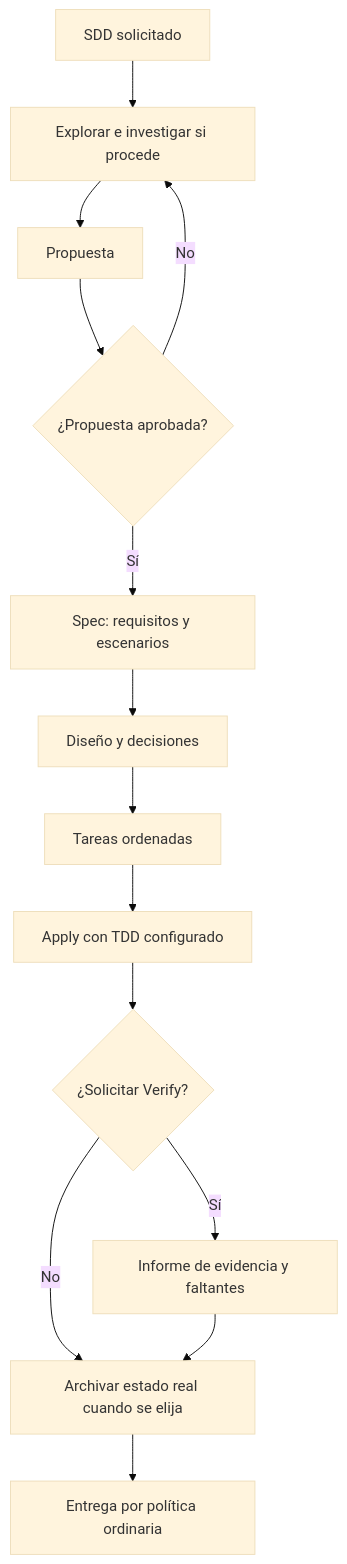
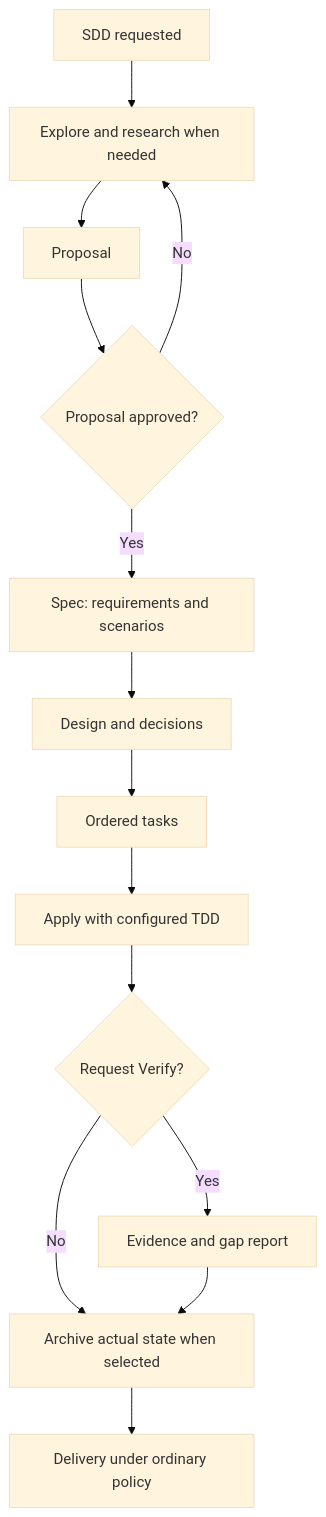
One commit to Maicololiveras/flugo-gentle changed the fifth of 5 diagrams in docs/GENTLE_ODD_TDD_RDD_GUIDE.md. Above: the diagram before and after it, drawn with Mermaid (base theme). The commit also changed other lines of this file and 9 other files, not shown here.

````diff
--- a/docs/GENTLE_ODD_TDD_RDD_GUIDE.md
+++ b/docs/GENTLE_ODD_TDD_RDD_GUIDE.md
@@ -226,16 +230,16 @@
 ```mermaid
 flowchart TD
-    A[SDD solicitado] --> B[Explorar e investigar si procede]
-    B --> C[Propuesta]
-    C --> D{¿Propuesta aprobada?}
+    A[SDD requested] --> B[Explore and research when needed]
+    B --> C[Proposal]
+    C --> D{Proposal approved?}
     D -->|No| B
-    D -->|Sí| E[Spec: requisitos y escenarios]
-    E --> F[Diseño y decisiones]
-    F --> G[Tareas ordenadas]
-    G --> H[Apply con TDD configurado]
-    H --> I{¿Solicitar Verify?}
-    I -->|Sí| J[Informe de evidencia y faltantes]
-    I -->|No| K[Archivar estado real cuando se elija]
+    D -->|Yes| E[Spec: requirements and scenarios]
+    E --> F[Design and decisions]
+    F --> G[Ordered tasks]
+    G --> H[Apply with configured TDD]
+    H --> I{Request Verify?}
+    I -->|Yes| J[Evidence and gap report]
+    I -->|No| K[Archive actual state when selected]
     J --> K
-    K --> L[Entrega por política ordinaria]
+    K --> L[Delivery under ordinary policy]
 ```
````
